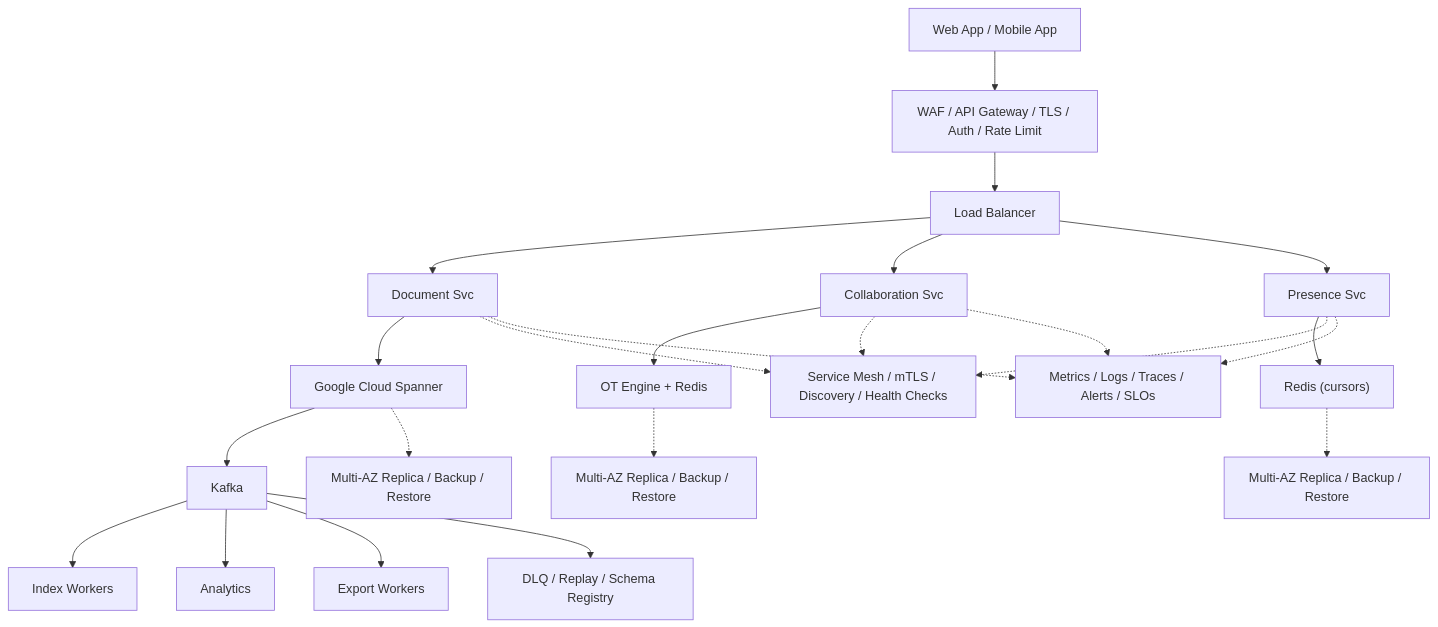
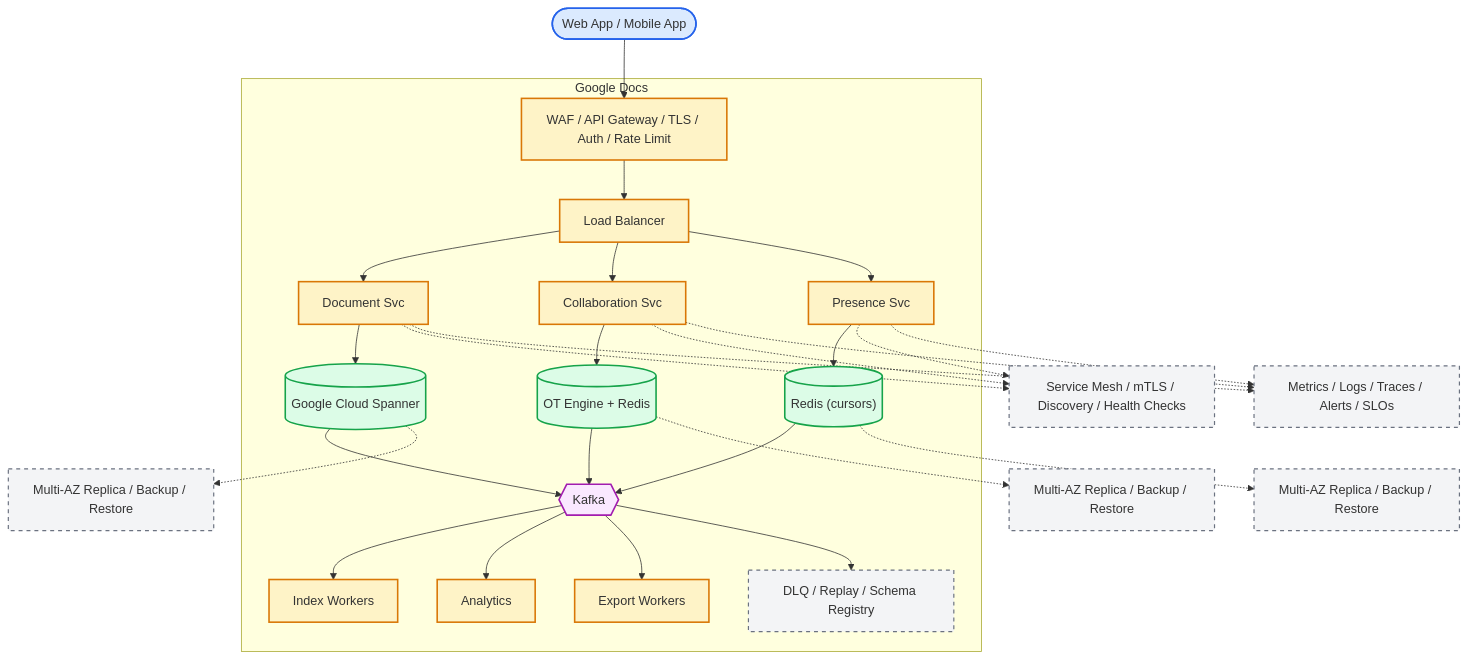
The diagram in system-design-google-docs.md (aishwary11/system-design), drawn with Mermaid before and after one commit. The commit also changed other lines of this file and 36 other files, not shown here.

First line of the commit message:
Standardize all diagrams on C4-style Mermaid template

````diff
--- a/system-design-google-docs.md
+++ b/system-design-google-docs.md
@@ -35,25 +35,65 @@
 ```mermaid
 flowchart TB
-    clients["Web App / Mobile App"] --> edge["WAF / API Gateway / TLS / Auth / Rate Limit"]
-    edge --> lb["Load Balancer"]
-    lb --> svc0["Document Svc"]
-    lb --> svc1["Collaboration Svc"]
-    lb --> svc2["Presence Svc"]
-    svc0 --> store0["Google Cloud Spanner"]
-    svc1 --> store1["OT Engine + Redis"]
-    svc2 --> store2["Redis (cursors)"]
-    store0 --> stream["Kafka"]
-    stream --> worker0["Index Workers"]
-    stream --> worker1["Analytics"]
-    stream --> worker2["Export Workers"]
-    svc0 -.-> platform["Service Mesh / mTLS / Discovery / Health Checks"]
-    svc1 -.-> platform
-    svc2 -.-> platform
-    store0 -.-> backup0["Multi-AZ Replica / Backup / Restore"]
-    store1 -.-> backup1["Multi-AZ Replica / Backup / Restore"]
-    store2 -.-> backup2["Multi-AZ Replica / Backup / Restore"]
-    stream --> dlq["DLQ / Replay / Schema Registry"]
-    svc0 -.-> ops["Metrics / Logs / Traces / Alerts / SLOs"]
+    %% Actors (people)
+    clients(["Web App / Mobile App"])
+
+    %% System boundary - containers owned by the platform
+    subgraph platform["Google Docs"]
+        edge["WAF / API Gateway / TLS / Auth / Rate Limit"]
+        lb["Load Balancer"]
+        svc0["Document Svc"]
+        svc1["Collaboration Svc"]
+        svc2["Presence Svc"]
+        store0[("Google Cloud Spanner")]
+        store1[("OT Engine + Redis")]
+        store2[("Redis (cursors)")]
+        stream{{"Kafka"}}
+        worker0["Index Workers"]
+        worker1["Analytics"]
+        worker2["Export Workers"]
+        dlq["DLQ / Replay / Schema Registry"]
+    end
+
+    %% Cross-cutting control plane (dashed edges)
+    mesh["Service Mesh / mTLS / Discovery / Health Checks"]
+    ops["Metrics / Logs / Traces / Alerts / SLOs"]
+    backup0["Multi-AZ Replica / Backup / Restore"]
+    backup1["Multi-AZ Replica / Backup / Restore"]
+    backup2["Multi-AZ Replica / Backup / Restore"]
+
+    clients --> edge
+    edge --> lb
+    lb --> svc0
+    lb --> svc1
+    lb --> svc2
+    svc0 --> store0
+    svc1 --> store1
+    svc2 --> store2
+    store0 --> stream
+    store1 --> stream
+    store2 --> stream
+    stream --> worker0
+    stream --> worker1
+    stream --> worker2
+    stream --> dlq
+    svc0 -.-> mesh
+    svc1 -.-> mesh
+    svc2 -.-> mesh
+    svc0 -.-> ops
     svc1 -.-> ops
     svc2 -.-> ops
+    store0 -.-> backup0
+    store1 -.-> backup1
+    store2 -.-> backup2
+
+    classDef actor fill:#dbeafe,stroke:#2563eb,stroke-width:2px
+    classDef service fill:#fef3c7,stroke:#d97706,stroke-width:2px
+    classDef store fill:#dcfce7,stroke:#16a34a,stroke-width:2px
+    classDef broker fill:#fae8ff,stroke:#a21caf,stroke-width:2px
+    classDef control fill:#f3f4f6,stroke:#6b7280,stroke-width:1.5px,stroke-dasharray:5 5
+    class clients actor
+    class edge,lb,svc0,svc1,svc2,worker0,worker1,worker2 service
+    class store0,store1,store2 store
+    class stream broker
+    class dlq,mesh,ops,backup0,backup1,backup2 control
 ```
````
